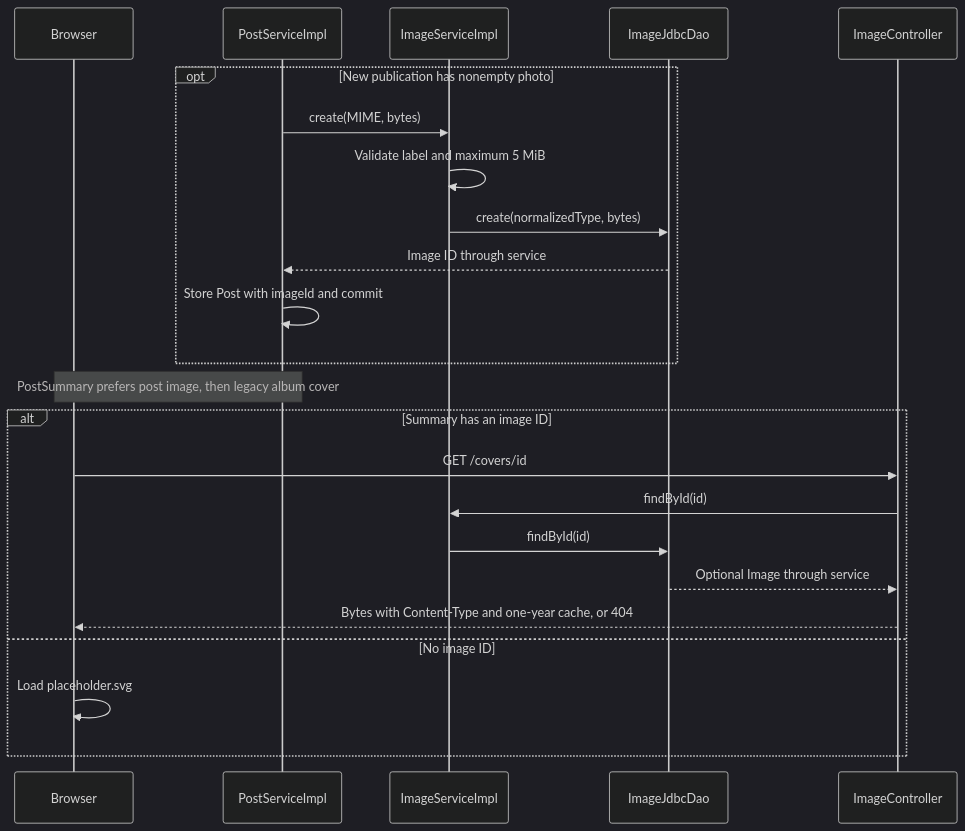
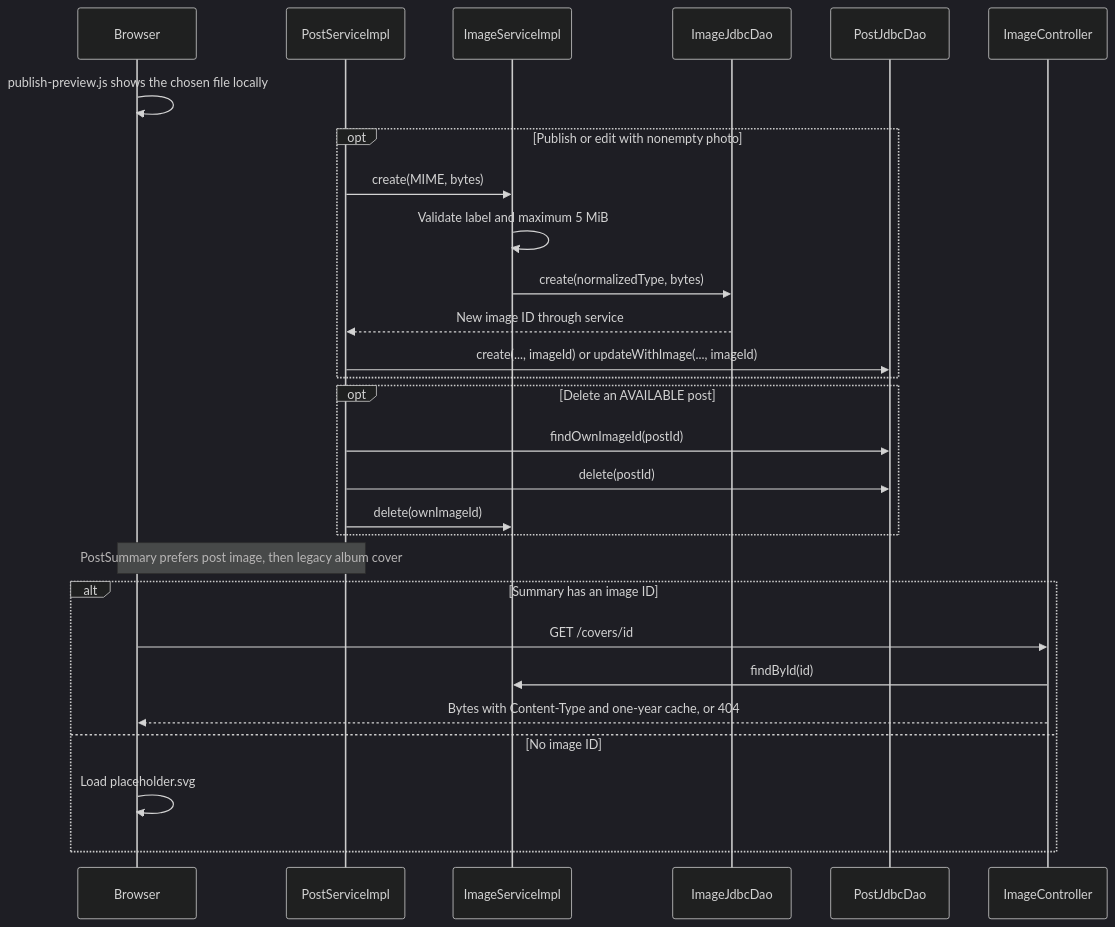
The diagram in Cover image flow.md (BautistaPessagno/PAW_Vault), drawn with Mermaid (dark theme) before and after one commit. The commit also changed other lines of this file and 160 other files, not shown here.

````diff
--- a/Cover image flow.md
+++ b/Cover image flow.md
@@ -21,25 +21,30 @@
 ```mermaid
 sequenceDiagram
     participant B as Browser
     participant P as PostServiceImpl
     participant S as ImageServiceImpl
     participant D as ImageJdbcDao
+    participant J as PostJdbcDao
     participant C as ImageController
-    opt New publication has nonempty photo
+    B->>B: publish-preview.js shows the chosen file locally
+    opt Publish or edit with nonempty photo
         P->>S: create(MIME, bytes)
         S->>S: Validate label and maximum 5 MiB
         S->>D: create(normalizedType, bytes)
-        D-->>P: Image ID through service
-        P->>P: Store Post with imageId and commit
+        D-->>P: New image ID through service
+        P->>J: create(..., imageId) or updateWithImage(..., imageId)
+    end
+    opt Delete an AVAILABLE post
+        P->>J: findOwnImageId(postId)
+        P->>J: delete(postId)
+        P->>S: delete(ownImageId)
     end
     Note over B,P: PostSummary prefers post image, then legacy album cover
     alt Summary has an image ID
         B->>C: GET /covers/id
         C->>S: findById(id)
-        S->>D: findById(id)
-        D-->>C: Optional Image through service
         C-->>B: Bytes with Content-Type and one-year cache, or 404
     else No image ID
         B->>B: Load placeholder.svg
     end
 ```
````
